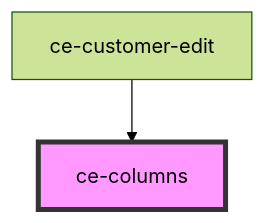
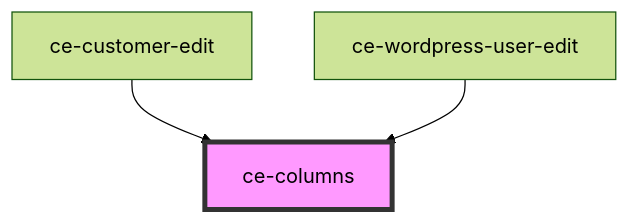
Before and after one commit to surecart/surecart-wp-plugin: the diagram in packages/components/src/components/ui/columns/readme.md, drawn with Mermaid (forest theme). The commit also changed other lines of this file and 27 other files, not shown here.

````diff
--- a/packages/components/src/components/ui/columns/readme.md
+++ b/packages/components/src/components/ui/columns/readme.md
@@ -23,5 +24,6 @@
 ```mermaid
 graph TD;
   ce-customer-edit --> ce-columns
+  ce-wordpress-user-edit --> ce-columns
   style ce-columns fill:#f9f,stroke:#333,stroke-width:4px
 ```
````
